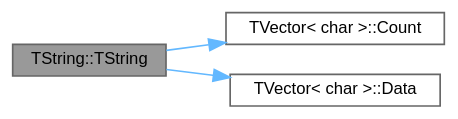
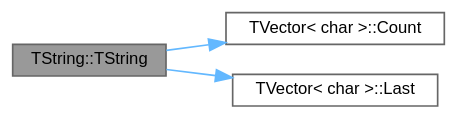
The diagram in classTString_a2fb70d94c8fdba6d90145a01aec1ce3f_cgraph.dot (jcoelho72/TProcura), drawn with Graphviz before and after one commit. The commit also changed 68 other files, not shown here.

```diff
--- a/classTString_a2fb70d94c8fdba6d90145a01aec1ce3f_cgraph.dot
+++ b/classTString_a2fb70d94c8fdba6d90145a01aec1ce3f_cgraph.dot
@@ -1,13 +1,13 @@
 digraph "TString::TString"
 {
  // LATEX_PDF_SIZE
   bgcolor="transparent";
   edge [fontname=Helvetica,fontsize=10,labelfontname=Helvetica,labelfontsize=10];
   node [fontname=Helvetica,fontsize=10,shape=box,height=0.2,width=0.4];
   rankdir="LR";
   Node1 [id="Node000001",label="TString::TString",height=0.2,width=0.4,color="gray40", fillcolor="grey60", style="filled", fontcolor="black",tooltip=" "];
   Node1 -> Node2 [id="edge1_Node000001_Node000002",color="steelblue1",style="solid",tooltip=" "];
   Node2 [id="Node000002",label="TVector\< char \>::Count",height=0.2,width=0.4,color="grey40", fillcolor="white", style="filled",URL="$classTVector.html#ac3c744d84543ca6e32859eb7dfccfeef",tooltip=" "];
   Node1 -> Node3 [id="edge2_Node000001_Node000003",color="steelblue1",style="solid",tooltip=" "];
-  Node3 [id="Node000003",label="TVector\< char \>::Data",height=0.2,width=0.4,color="grey40", fillcolor="white", style="filled",URL="$classTVector.html#addd572d70b587092fddc21a8b0f53120",tooltip="Acesso direto."];
+  Node3 [id="Node000003",label="TVector\< char \>::Last",height=0.2,width=0.4,color="grey40", fillcolor="white", style="filled",URL="$classTVector.html#aa304d639c79ef2842f9951846c6292e3",tooltip=" "];
 }
```
